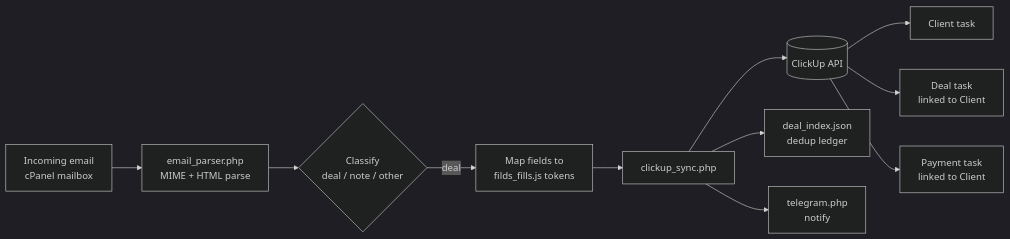
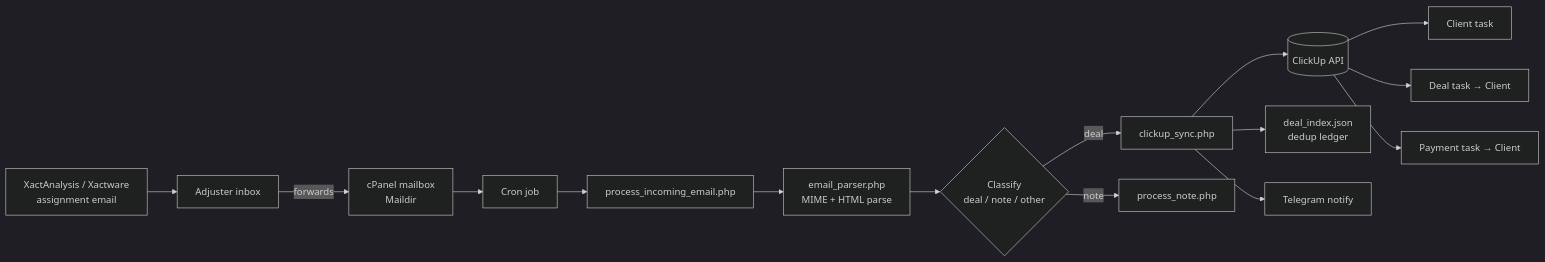
One commit to baharibehrad/xactanalysis-to-clickup-crm changed the diagram in README.md. Above: the diagram before and after it, drawn with Mermaid (dark theme). The commit also changed other lines of this file and 6 other files, not shown here.

````diff
--- a/README.md
+++ b/README.md
@@ -25,13 +29,17 @@
 ```mermaid
 flowchart LR
-    A[Incoming email<br/>cPanel mailbox] --> B[email_parser.php<br/>MIME + HTML parse]
-    B --> C{Classify<br/>deal / note / other}
-    C -->|deal| D[Map fields to<br/>filds_fills.js tokens]
-    D --> E[clickup_sync.php]
-    E --> F[(ClickUp API)]
-    F --> G[Client task]
-    F --> H[Deal task<br/>linked to Client]
-    F --> I[Payment task<br/>linked to Client]
-    E --> J[deal_index.json<br/>dedup ledger]
-    E --> K[telegram.php<br/>notify]
+    X[XactAnalysis / Xactware<br/>assignment email] --> AD[Adjuster inbox]
+    AD -->|forwards| MB[cPanel mailbox<br/>Maildir]
+    MB --> CRON[Cron job]
+    CRON --> P[process_incoming_email.php]
+    P --> PR[email_parser.php<br/>MIME + HTML parse]
+    PR --> C{Classify<br/>deal / note / other}
+    C -->|deal| SY[clickup_sync.php]
+    C -->|note| NT[process_note.php]
+    SY --> API[(ClickUp API)]
+    API --> CL[Client task]
+    API --> DL[Deal task → Client]
+    API --> PM[Payment task → Client]
+    SY --> IDX[deal_index.json<br/>dedup ledger]
+    SY --> TG[Telegram notify]
 ```
````
